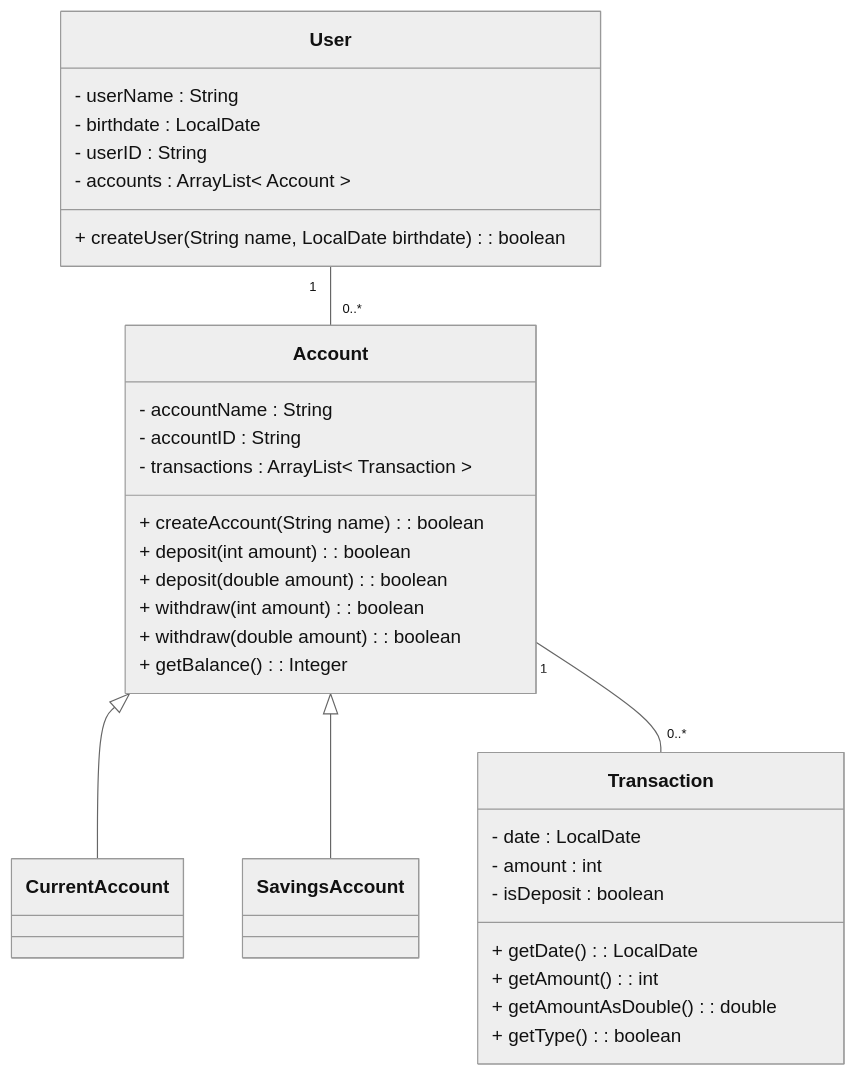
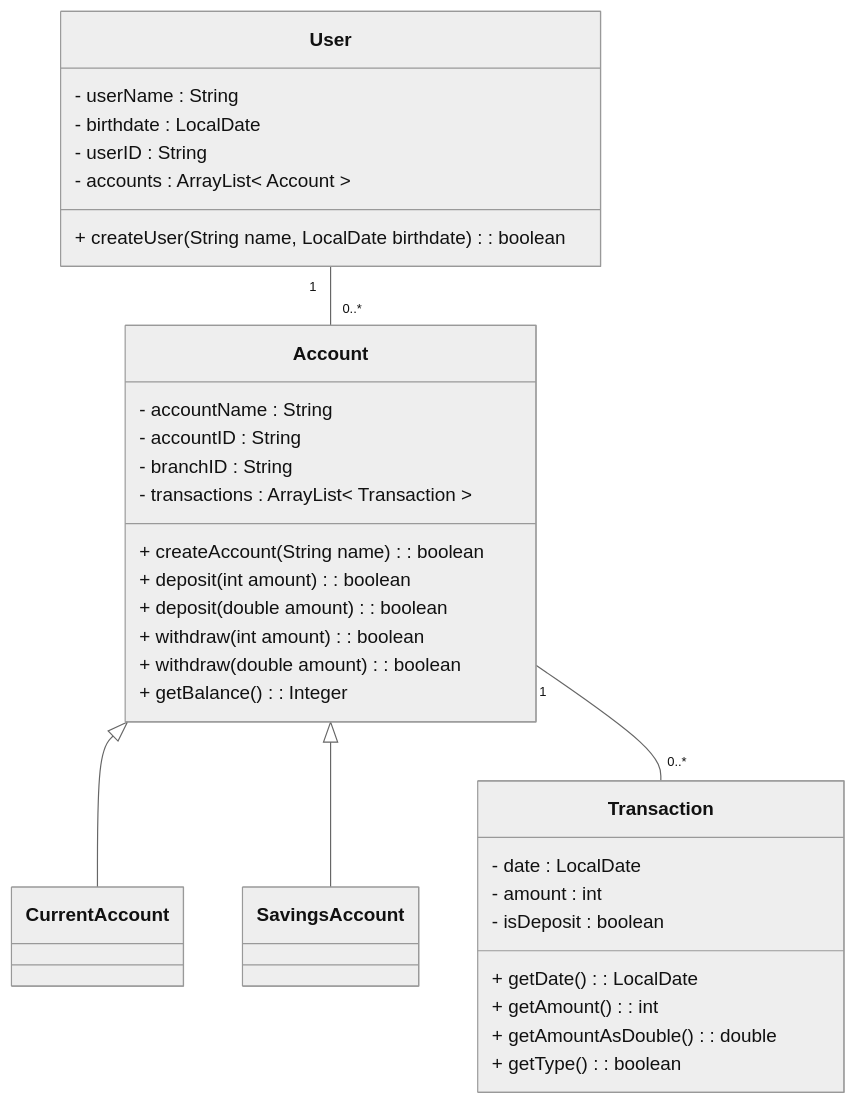
One commit to boolean-uk/java-tdd-oop-bank-challenge changed the diagram in class-diagram.md. Above: the diagram before and after it, drawn with Mermaid (neutral theme).

Commit message:
Extension 2 class diagram

`````diff
--- a/class-diagram.md
+++ b/class-diagram.md
@@ -1,41 +1,42 @@
 ````mermaid
 classDiagram
     class User{
         - userName : String
         - birthdate : LocalDate
         - userID : String
         - accounts : ArrayList< Account >
         + createUser(String name, LocalDate birthdate) : boolean
     }
     class Account{
         - accountName : String
         - accountID : String
+        - branchID : String
         - transactions : ArrayList< Transaction >
         + createAccount(String name) : boolean
         + deposit(int amount) : boolean
         + deposit(double amount) : boolean
         + withdraw(int amount) : boolean
         + withdraw(double amount) : boolean
         + getBalance() : Integer
     }
     class CurrentAccount{
         
     }
     class SavingsAccount{
         
     }
     class Transaction{
         - date : LocalDate
         - amount : int
         - isDeposit : boolean
         + getDate() : LocalDate
         + getAmount() : int
         + getAmountAsDouble() : double
         + getType() : boolean
     }
     
     Account <|-- CurrentAccount
     Account <|-- SavingsAccount
     Account "1"--"0..*" Transaction 
     User "1" -- "0..*" Account
 ````
`````
